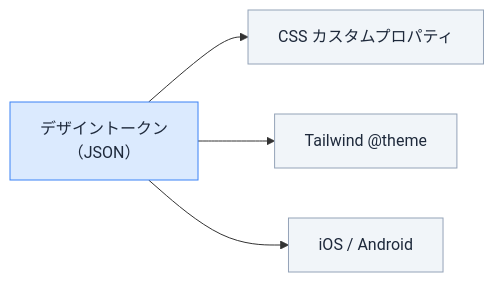
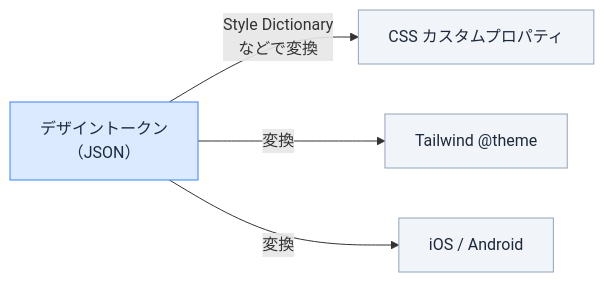
Before and after one commit to ozaki25/web-front-training-ozaki25: the second of 2 diagrams in docs/lessons/day20/index.md, drawn with Mermaid. The commit also changed other lines of this file, not shown here.

First line of the commit message:
docs(day20): トークン自動化の流れと Style Dictionary を追記

````diff
--- a/docs/lessons/day20/index.md
+++ b/docs/lessons/day20/index.md
@@ -473,10 +475,10 @@
 ```mermaid
 flowchart LR
-  A["デザイントークン<br>（JSON）"] --> B["CSS カスタムプロパティ"]
-  A --> C["Tailwind @theme"]
-  A --> D["iOS / Android"]
+  A["デザイントークン<br>（JSON）"] -->|"Style Dictionary<br>などで変換"| B["CSS カスタムプロパティ"]
+  A -->|変換| C["Tailwind @theme"]
+  A -->|変換| D["iOS / Android"]
   style A fill:#dbeafe,color:#1e293b,stroke:#3b82f6
   style B fill:#f1f5f9,color:#1e293b,stroke:#94a3b8
   style C fill:#f1f5f9,color:#1e293b,stroke:#94a3b8
   style D fill:#f1f5f9,color:#1e293b,stroke:#94a3b8
 ```
````
